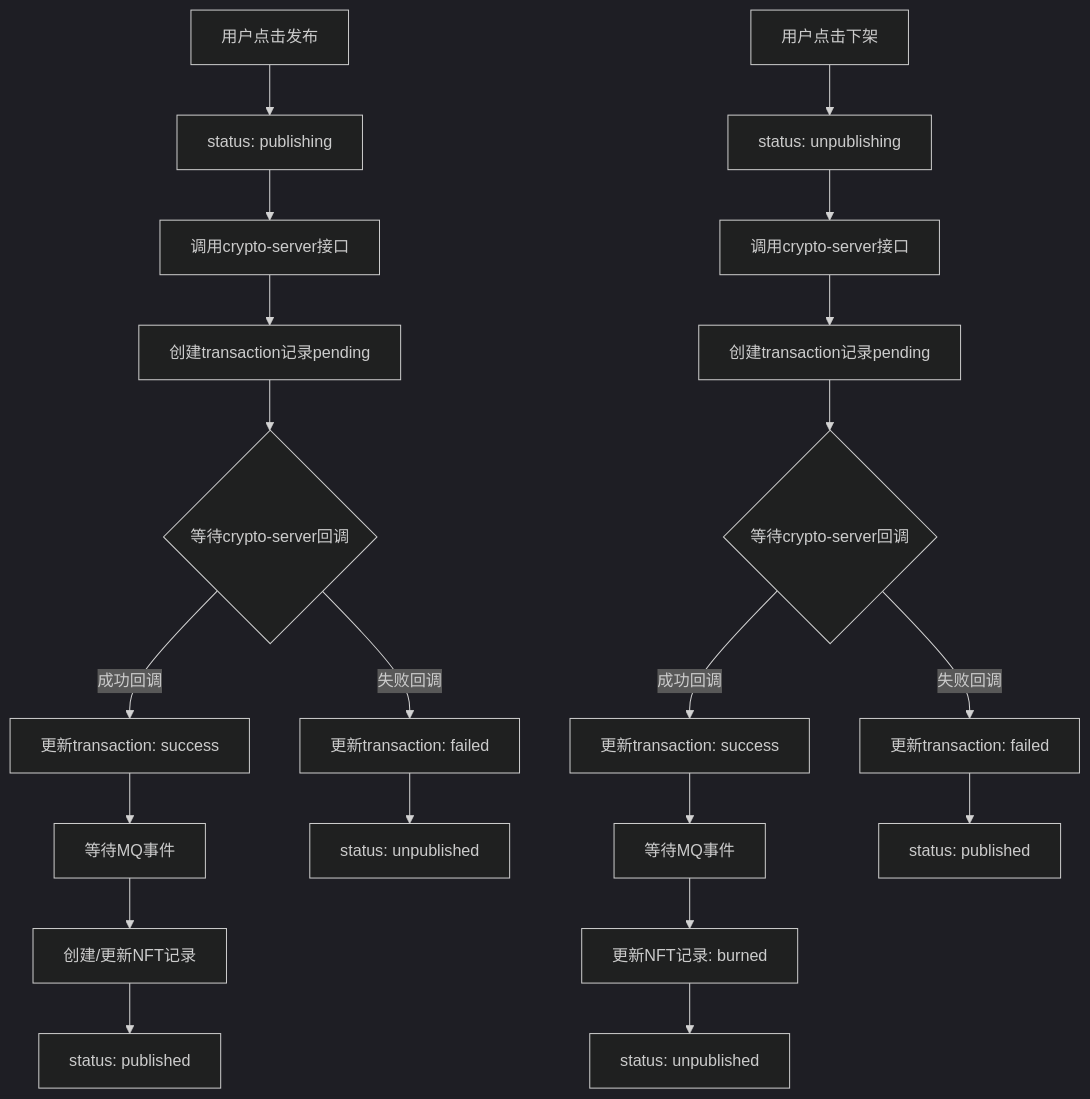
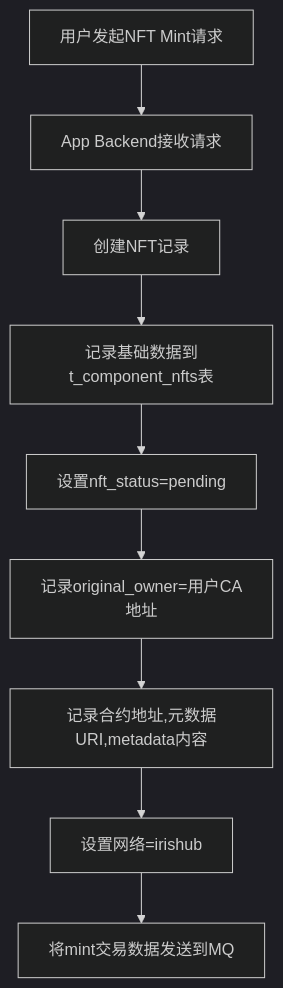
One commit to yingjianzh/iodraw-files changed the diagram in all/未命名-74.md. Above: the diagram before and after it, drawn with Mermaid (dark theme).

Commit message:
2025-07-07 15:50:21 update

````diff
--- a/all/未命名-74.md
+++ b/all/未命名-74.md
@@ -1,28 +1,13 @@
 ```mermaid
+
 graph TD
-    A[用户点击发布] --> B[status: publishing]
-    B --> C[调用crypto-server接口]
-    C --> D[创建transaction记录pending]
-    D --> E{等待crypto-server回调}
-    
-    E -->|成功回调| F[更新transaction: success]
-    F --> G[等待MQ事件]
-    G --> H[创建/更新NFT记录]
-    H --> I[status: published]
-    
-    E -->|失败回调| J[更新transaction: failed]
-    J --> K[status: unpublished]
-    
-    L[用户点击下架] --> M[status: unpublishing]
-    M --> N[调用crypto-server接口]
-    N --> O[创建transaction记录pending]
-    O --> P{等待crypto-server回调}
-    
-    P -->|成功回调| Q[更新transaction: success]
-    Q --> R[等待MQ事件]
-    R --> S[更新NFT记录: burned]
-    S --> T[status: unpublished]
-    
-    P -->|失败回调| U[更新transaction: failed]
-    U --> V[status: published]
+    A[用户发起NFT Mint请求] --> B[App Backend接收请求]
+    B --> C[创建NFT记录]
+    C --> D[记录基础数据到t_component_nfts表]
+    D --> E[设置nft_status=pending]
+    E --> F[记录original_owner=用户CA地址]
+    F --> G[记录合约地址,元数据URI,metadata内容]
+    G --> H[设置网络=irishub]
+    H --> 将mint交易数据发送到MQ
+
 ```
````
